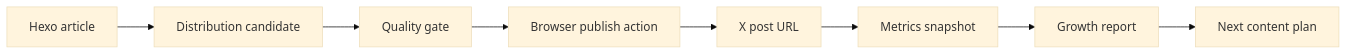
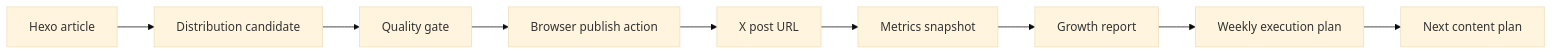
One commit to clean99/clean99.github.io changed the diagram in docs/social-growth-system.md. Above: the diagram before and after it, drawn with Mermaid (base theme). The commit also changed other lines of this file and 8 other files, not shown here.

Commit message:
feat: add x weekly execution plan

````diff
--- a/docs/social-growth-system.md
+++ b/docs/social-growth-system.md
@@ -40,10 +41,11 @@
 ```mermaid
 flowchart LR
   A["Hexo article"] --> B["Distribution candidate"]
   B --> C["Quality gate"]
   C --> D["Browser publish action"]
   D --> E["X post URL"]
   E --> F["Metrics snapshot"]
   F --> G["Growth report"]
-  G --> H["Next content plan"]
+  G --> H["Weekly execution plan"]
+  H --> I["Next content plan"]
 ```
````
